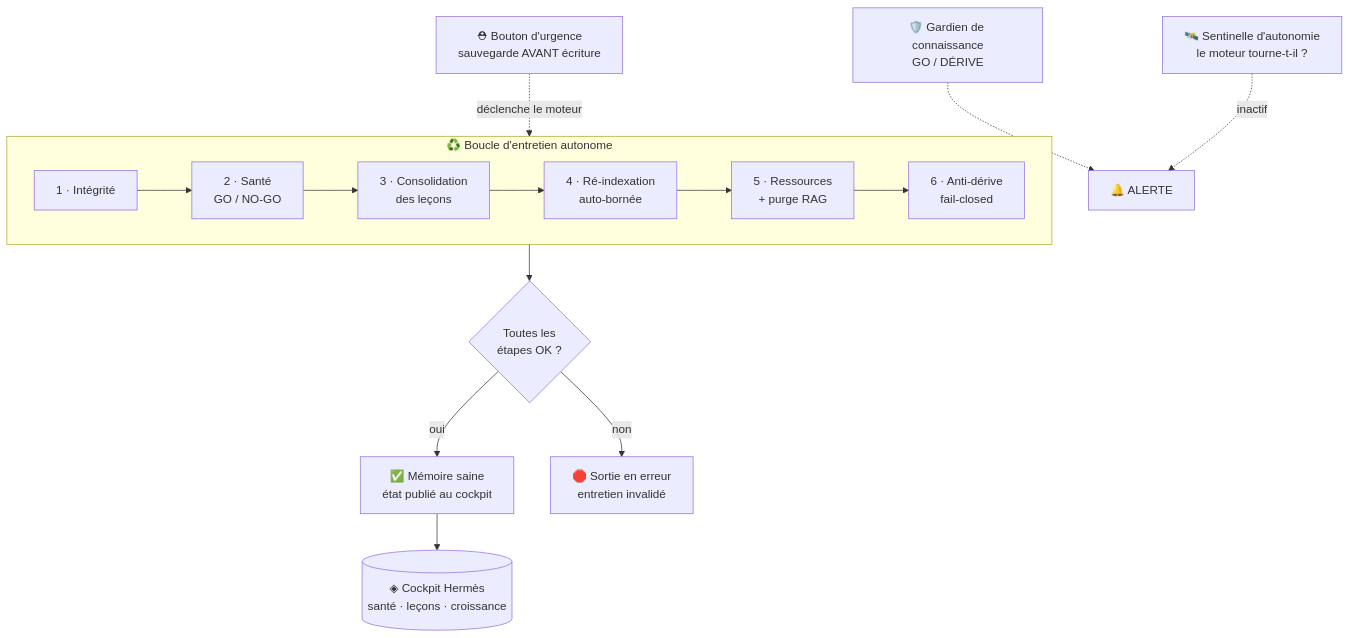
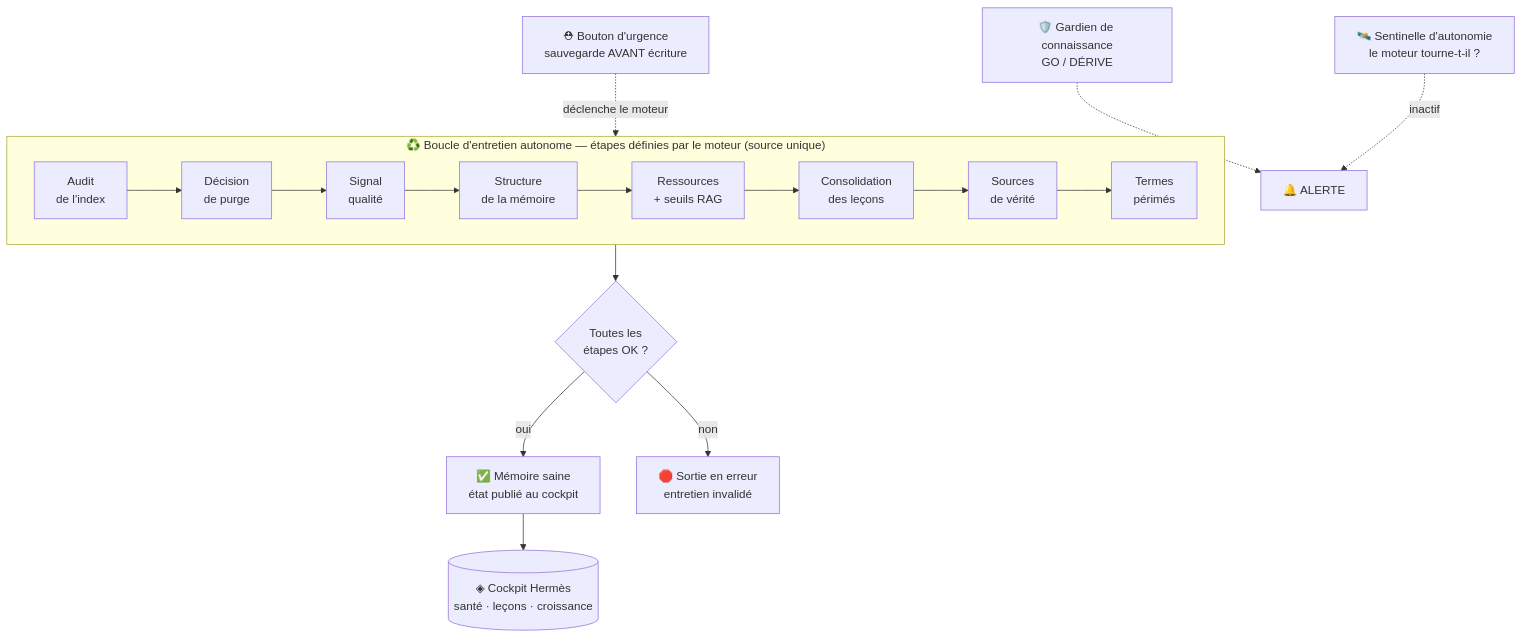
Before and after one commit to 0xCyberLiTech/JARVIS: the third of 3 diagrams in README.md, drawn with Mermaid. The commit also changed other lines of this file and 2 other files, not shown here.

````diff
--- a/README.md
+++ b/README.md
@@ -339,18 +349,20 @@
 ```mermaid
 flowchart TB
-    subgraph CYCLE["♻️ Boucle d'entretien autonome"]
+    subgraph CYCLE["♻️ Boucle d'entretien autonome — étapes définies par le moteur (source unique)"]
         direction LR
-        A["1 · Intégrité"] --> B["2 · Santé<br/>GO / NO-GO"]
-        B --> C["3 · Consolidation<br/>des leçons"]
-        C --> D["4 · Ré-indexation<br/>auto-bornée"]
-        D --> E["5 · Ressources<br/>+ purge RAG"]
-        E --> F["6 · Anti-dérive<br/>fail-closed"]
+        A["Audit<br/>de l'index"] --> B["Décision<br/>de purge"]
+        B --> C["Signal<br/>qualité"]
+        C --> D["Structure<br/>de la mémoire"]
+        D --> E["Ressources<br/>+ seuils RAG"]
+        E --> F["Consolidation<br/>des leçons"]
+        F --> G["Sources<br/>de vérité"]
+        G --> H["Termes<br/>périmés"]
     end
-    F --> V{"Toutes les<br/>étapes OK ?"}
+    H --> V{"Toutes les<br/>étapes OK ?"}
     V -->|oui| OK["✅ Mémoire saine<br/>état publié au cockpit"]
     V -->|non| ERR["🛑 Sortie en erreur<br/>entretien invalidé"]
     OK --> COCK[("◈ Cockpit Hermès<br/>santé · leçons · croissance")]
     GARD["🛡️ Gardien de connaissance<br/>GO / DÉRIVE"] -.-> ALERT["🔔 ALERTE"]
     SENT["🛰️ Sentinelle d'autonomie<br/>le moteur tourne-t-il ?"] -.->|inactif| ALERT
     URG["⛑ Bouton d'urgence<br/>sauvegarde AVANT écriture"] -.->|déclenche le moteur| A
 ```
````
